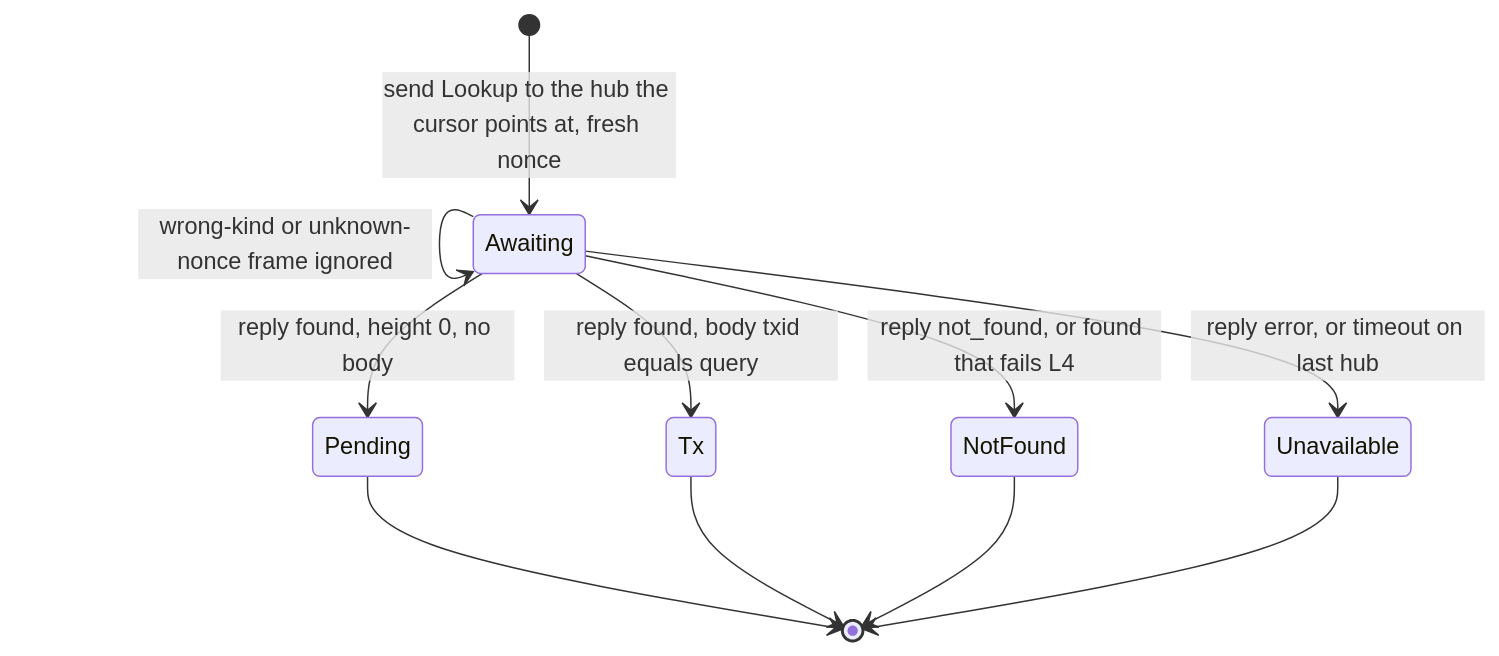
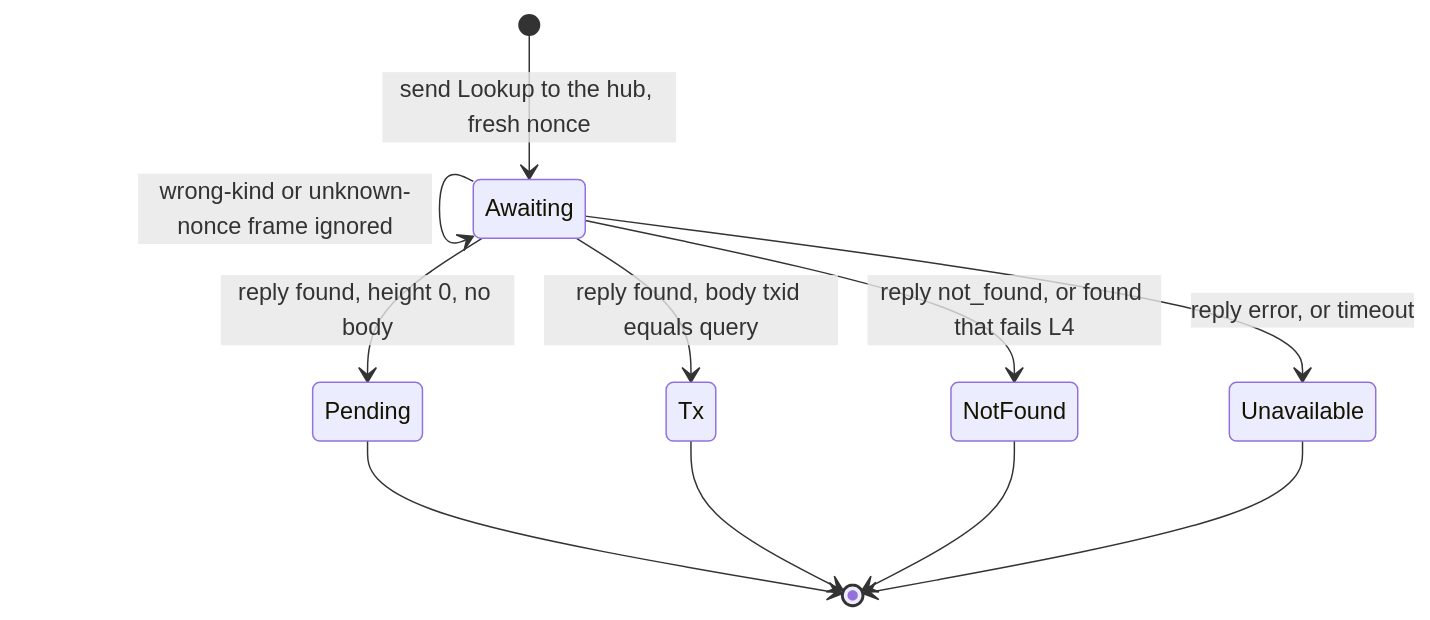
The second of 10 diagrams in zeronym/spec/protocol/README.md (ShieldedLabs/zero), drawn with Mermaid before and after one commit. The commit also changed other lines of this file and 10 other files, not shown here.

````diff
--- a/zeronym/spec/protocol/README.md
+++ b/zeronym/spec/protocol/README.md
@@ -220,14 +276,13 @@
 ```mermaid
 stateDiagram-v2
-    [*] --> Awaiting: send Lookup to the hub the cursor points at, fresh nonce
-    Awaiting --> Awaiting: timeout and hubs remain, fresh nonce to next hub
+    [*] --> Awaiting: send Lookup to the hub, fresh nonce
     Awaiting --> Awaiting: wrong-kind or unknown-nonce frame ignored
     Awaiting --> Pending: reply found, height 0, no body
     Awaiting --> Tx: reply found, body txid equals query
     Awaiting --> NotFound: reply not_found, or found that fails L4
-    Awaiting --> Unavailable: reply error, or timeout on last hub
+    Awaiting --> Unavailable: reply error, or timeout
     Pending --> [*]
     Tx --> [*]
     NotFound --> [*]
     Unavailable --> [*]
 ```
````
